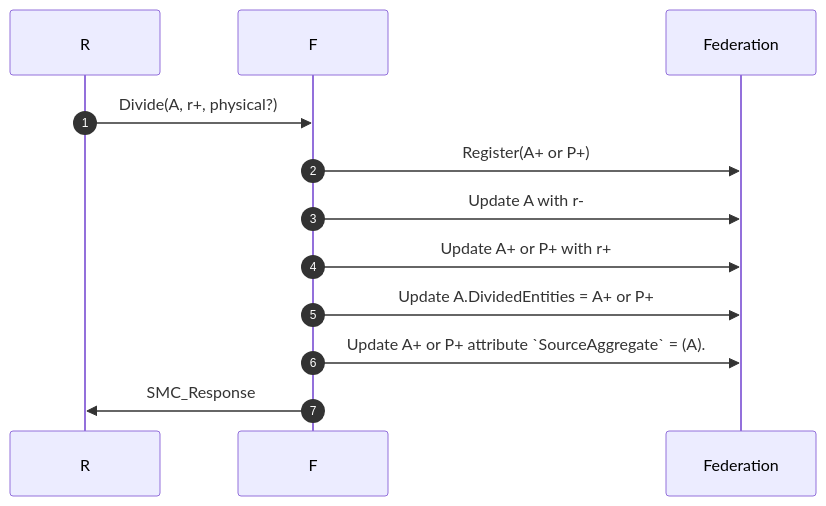
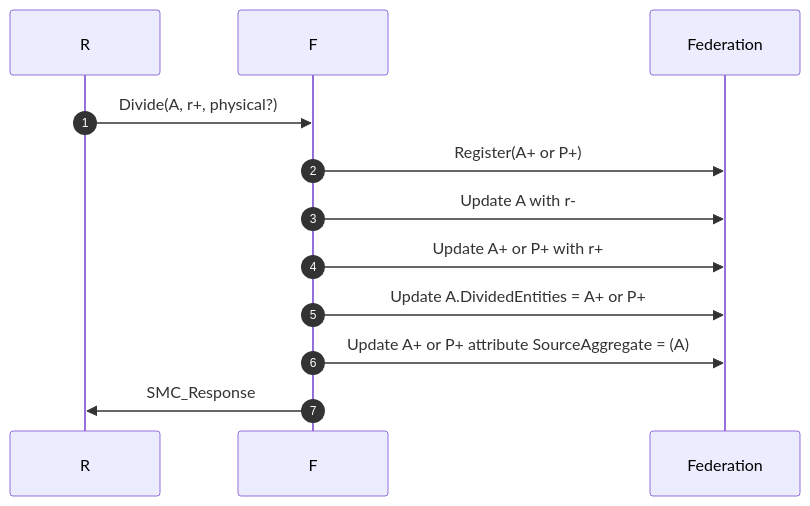
One commit to AMSP-04/NETN-FOM changed the sixth of 9 diagrams in modules/NETN-MRM/NETN-MRM.md. Above: the diagram before and after it, drawn with Mermaid. The commit also changed other lines of this file, not shown here.

````diff
--- a/modules/NETN-MRM/NETN-MRM.md
+++ b/modules/NETN-MRM/NETN-MRM.md
@@ -189,15 +189,15 @@
 ```mermaid
 sequenceDiagram 
 autonumber
  
 R->>F: Divide(A, r+, physical?) 
  
 F->>Federation: Register(A+ or P+) 
 F->>Federation: Update A with r- 
 F->>Federation: Update A+ or P+ with r+ 
 F->>Federation: Update A.DividedEntities = A+ or P+
-F->>Federation: Update A+ or P+ attribute `SourceAggregate` = (A).
+F->>Federation: Update A+ or P+ attribute SourceAggregate = (A)
  
 F->>R: SMC_Response 
  
 ```
````
